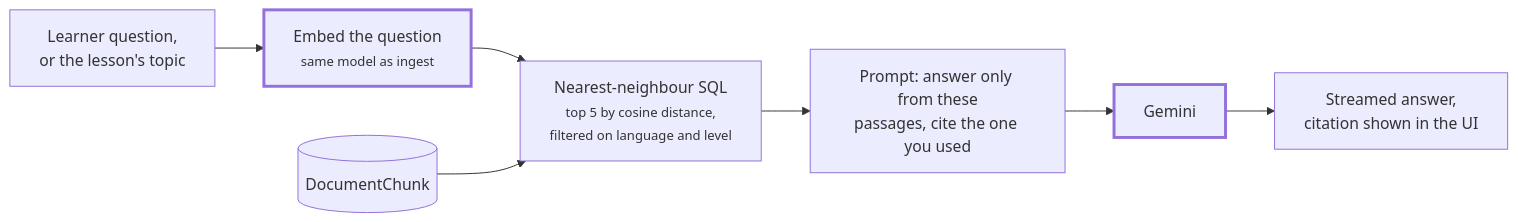
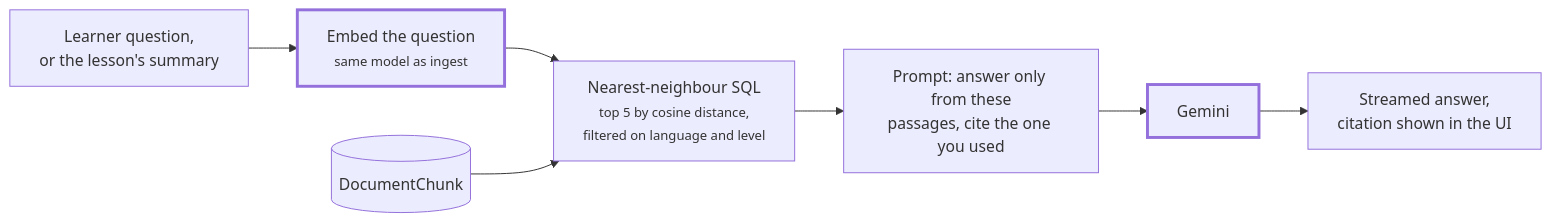
The third of 5 diagrams in docs/PRODUCT_ARCHITECTURE.md (VictorBro/ft_transcendence), drawn with Mermaid before and after one commit. The commit also changed other lines of this file and 4 other files, not shown here.

````diff
--- a/docs/PRODUCT_ARCHITECTURE.md
+++ b/docs/PRODUCT_ARCHITECTURE.md
@@ -488,12 +539,12 @@
 ```mermaid
 flowchart LR
-    q["Learner question,<br/>or the lesson's topic"] --> qe["Embed the question<br/><small>same model as ingest</small>"]
+    q["Learner question,<br/>or the lesson's summary"] --> qe["Embed the question<br/><small>same model as ingest</small>"]
     qe --> nn["Nearest-neighbour SQL<br/><small>top 5 by cosine distance,<br/>filtered on language and level</small>"]
     store[("DocumentChunk")] --> nn
     nn --> prompt["Prompt: answer only from these<br/>passages, cite the one you used"]
     prompt --> model["Gemini"]
     model --> ui["Streamed answer,<br/>citation shown in the UI"]
 
     classDef llm stroke-width:3px
     class qe,model llm
 ```
````
